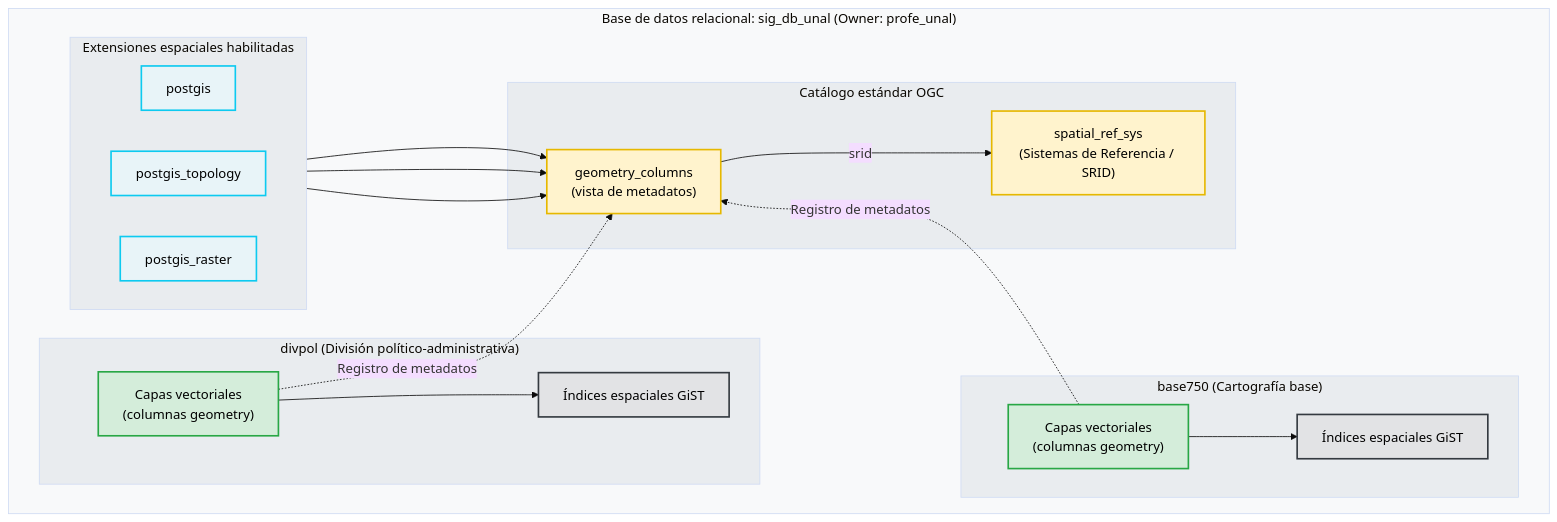
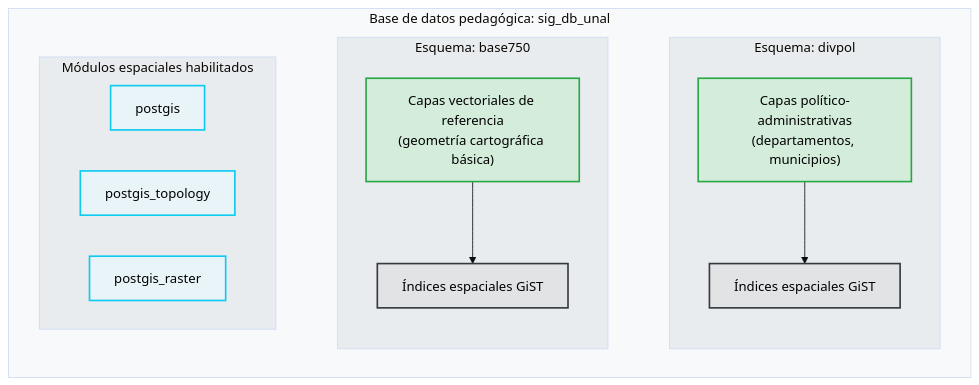
Before and after one commit to Danesvv/BDE-nestor: the fourth of 4 diagrams in chapters/13-infraestructura_docker_y_base_datos_espacial.qmd, drawn with Mermaid (base theme). The commit also changed other lines of this file and 2718 other files, not shown here.

````diff
--- a/chapters/13-infraestructura_docker_y_base_datos_espacial.qmd
+++ b/chapters/13-infraestructura_docker_y_base_datos_espacial.qmd
@@ -389,62 +368,47 @@
 ```{mermaid}
-%%| label: fig-arquitectura-catalogo-espacial
-%%| fig-cap: "Estructura modular, extensiones y registro de metadatos OGC en la base de datos pedagógica"
+%%| label: fig-estructura-base-datos-pedagogica
+%%| fig-cap: "Organización física de esquemas, capas vectoriales e índices espaciales en la base de datos de estudio"
 %%| fig-width: 6.5
 %%| fig-align: center
 
 graph TD
 
+    classDef database fill:#f8f9fa,stroke:#6c757d,stroke-width:2px,color:#000
     classDef extension fill:#e8f4f8,stroke:#0dcaf0,stroke-width:2px,color:#000
-    classDef metadato fill:#fff3cd,stroke:#e6b800,stroke-width:2px,color:#000
+    classDef esquema fill:#fff3cd,stroke:#e6b800,stroke-width:2px,color:#000
     classDef tabla fill:#d4edda,stroke:#28a745,stroke-width:2px,color:#000
     classDef indice fill:#e2e3e5,stroke:#343a40,stroke-width:2px,color:#000
 
-    subgraph DB ["Base de datos relacional: sig_db_unal (Owner: profe_unal)"]
+    subgraph DB ["Base de datos pedagógica: sig_db_unal"]
 
-        subgraph Ext ["Extensiones espaciales habilitadas"]
+        subgraph Ext ["Módulos espaciales habilitados"]
             direction LR
             E1["postgis"]:::extension
             E2["postgis_topology"]:::extension
             E3["postgis_raster"]:::extension
         end
 
-        subgraph Meta ["Catálogo estándar OGC"]
-            M1["geometry_columns<br/>(vista de metadatos)"]:::metadato
-            M2["spatial_ref_sys<br/>(Sistemas de Referencia / SRID)"]:::metadato
-        end
-
-        subgraph Base ["base750 (Cartografía base)"]
-            T1["Capas vectoriales<br/>(columnas geometry)"]:::tabla
+        subgraph Base ["Esquema: base750"]
+            T1["Capas vectoriales de referencia<br/>(geometría cartográfica básica)"]:::tabla
             I1["Índices espaciales GiST"]:::indice
         end
 
-        subgraph Divpol ["divpol (División político-administrativa)"]
-            T2["Capas vectoriales<br/>(columnas geometry)"]:::tabla
+        subgraph Divpol ["Esquema: divpol"]
+            T2["Capas político-administrativas<br/>(departamentos, municipios)"]:::tabla
             I2["Índices espaciales GiST"]:::indice
         end
 
     end
-    
+
     style DB fill:#f8f9fa
     style Ext fill:#e9ecef
-    style Meta fill:#e9ecef
     style Base fill:#e9ecef
     style Divpol fill:#e9ecef
-
-    E1 --> M1
-    E2 --> M1
-    E3 --> M1
-
-    T1 -.->|"Registro de metadatos"| M1
-    T2 -.->|"Registro de metadatos"| M1
-
-    M1 -->|"srid"| M2
 
     T1 --> I1
     T2 --> I2
 
-    %% Fuerza el orden vertical real: Meta encima de Base, Base encima de Divpol
-    %% (sin esto, dagre puede colocar Base y Divpol al mismo nivel, lado a lado)
-    Meta ~~~ Base
+    Ext ~~~ Base
     Base ~~~ Divpol
+
 ```
````
